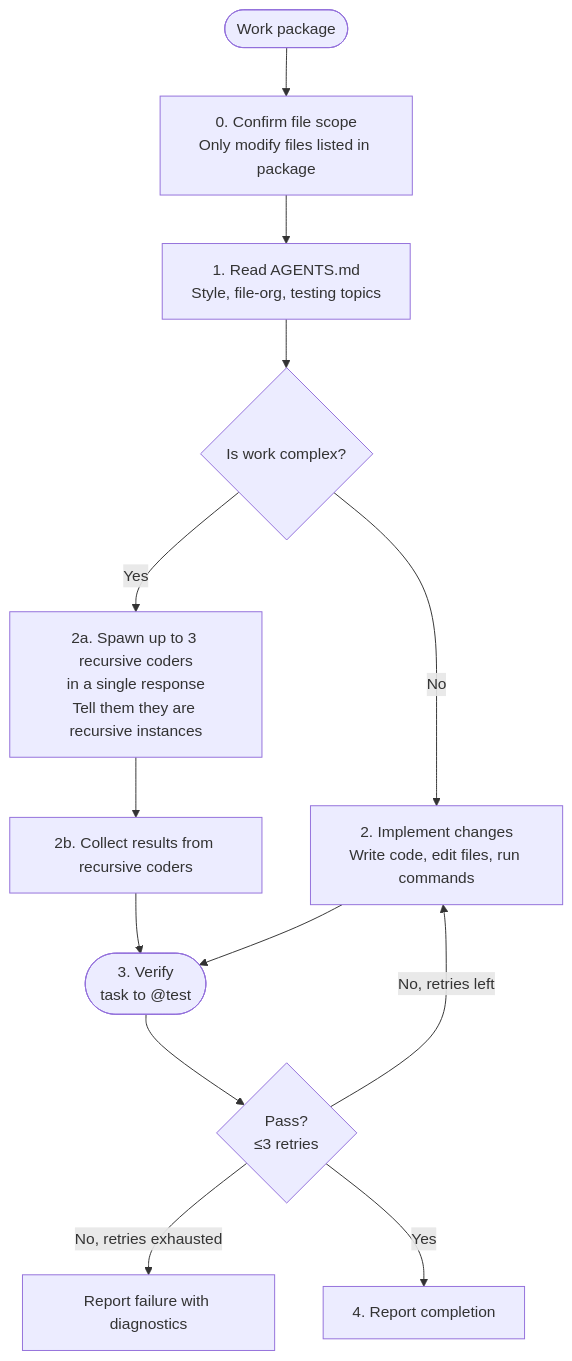
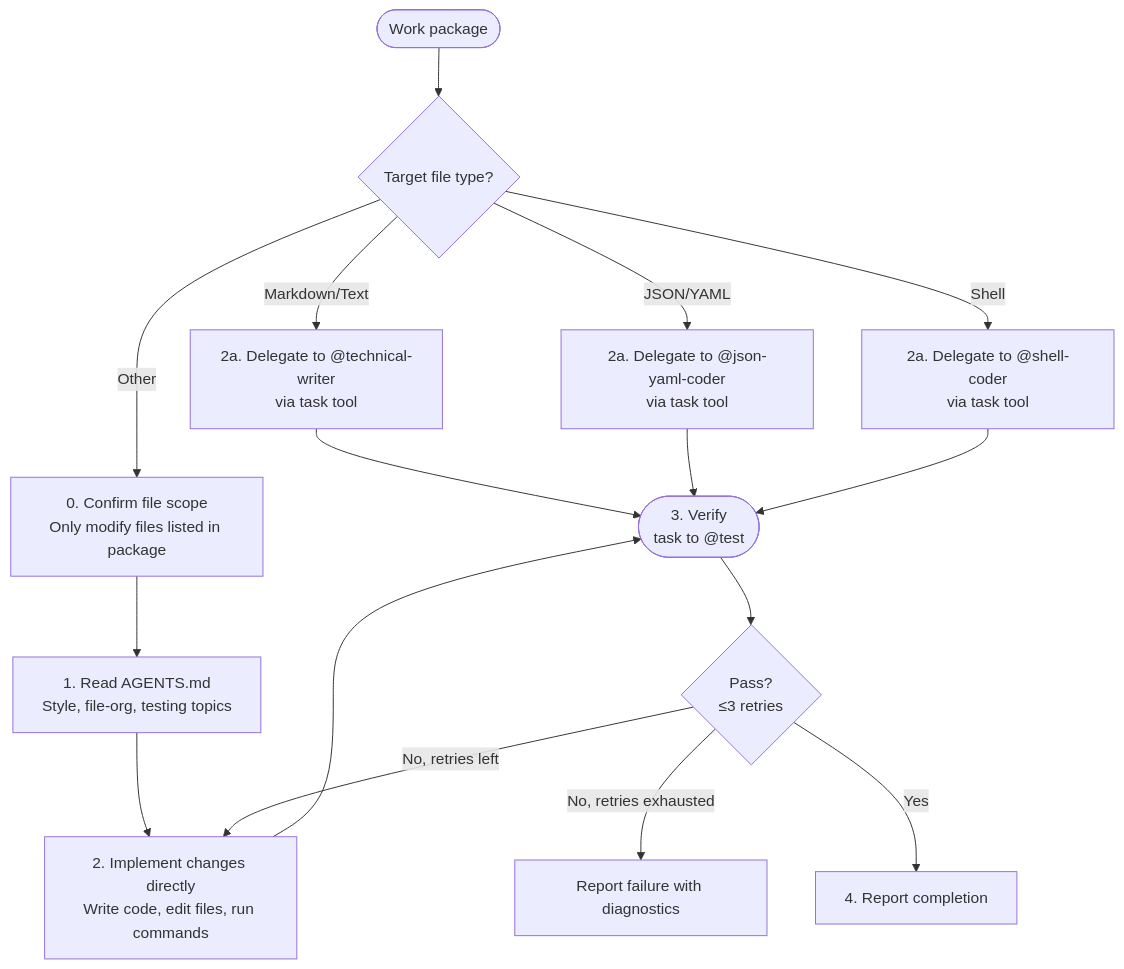
The diagram in pages/src/absurd/coder.md (juliankahlert/opencode-config), drawn with Mermaid before and after one commit. The commit also changed other lines of this file and 6 other files, not shown here.

````diff
--- a/pages/src/absurd/coder.md
+++ b/pages/src/absurd/coder.md
@@ -17,15 +17,18 @@
 ```mermaid
 flowchart TD
-    REQ([Work package]) --> SCOPE[<span>0.</span> Confirm file scope<br/>Only modify files listed in package]
+    REQ([Work package]) --> DECIDE{Target file type?}
+    DECIDE -->|Markdown/Text| DELEGATE_TECHWRITER[<span>2a.</span> Delegate to @technical-writer<br/>via task tool]
+    DELEGATE_TECHWRITER --> VERIFY([<span>3.</span> Verify<br/>task to @test])
+    DECIDE -->|JSON/YAML| DELEGATE_JSONYAML[<span>2a.</span> Delegate to @json-yaml-coder<br/>via task tool]
+    DELEGATE_JSONYAML --> VERIFY
+    DECIDE -->|Shell| DELEGATE_SHELL[<span>2a.</span> Delegate to @shell-coder<br/>via task tool]
+    DELEGATE_SHELL --> VERIFY
+    DECIDE -->|Other| SCOPE[<span>0.</span> Confirm file scope<br/>Only modify files listed in package]
     SCOPE --> AGENTS[<span>1.</span> Read AGENTS.md<br/>Style, file-org, testing topics]
-    AGENTS --> DECIDE{Is work complex?}
-    DECIDE -->|No| IMPL[<span>2.</span> Implement changes<br/>Write code, edit files, run commands]
-    DECIDE -->|Yes| SPAWN[<span>2a.</span> Spawn up to 3 recursive coders<br/>in a single response<br/>Tell them they are recursive instances]
-    SPAWN --> COLLECT[<span>2b.</span> Collect results from recursive coders]
-    COLLECT --> VERIFY([<span>3.</span> Verify<br/>task to @test])
+    AGENTS --> IMPL[<span>2.</span> Implement changes directly<br/>Write code, edit files, run commands]
     IMPL --> VERIFY
     VERIFY --> VPASS{Pass?<br/>≤3 retries}
     VPASS -->|No, retries left| IMPL
     VPASS -->|No, retries exhausted| FAIL[Report failure with diagnostics]
     VPASS -->|Yes| REPORT[<span>4.</span> Report completion]
 ```
````
